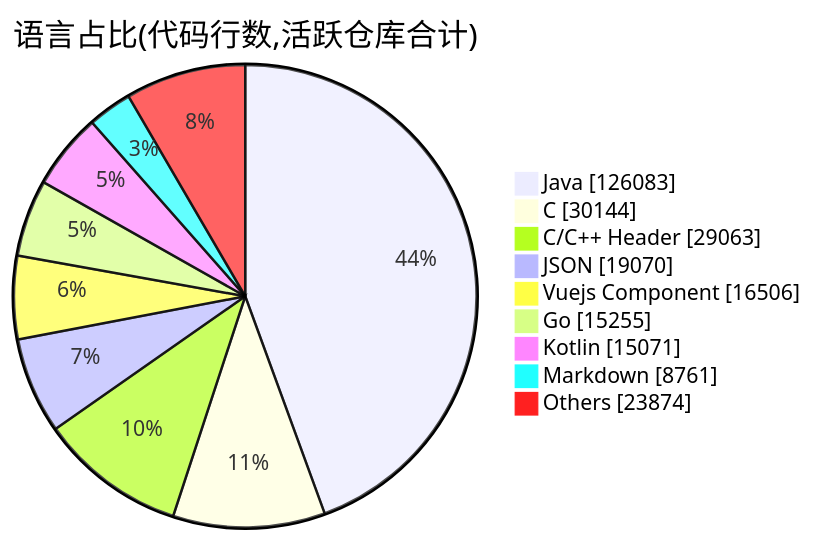
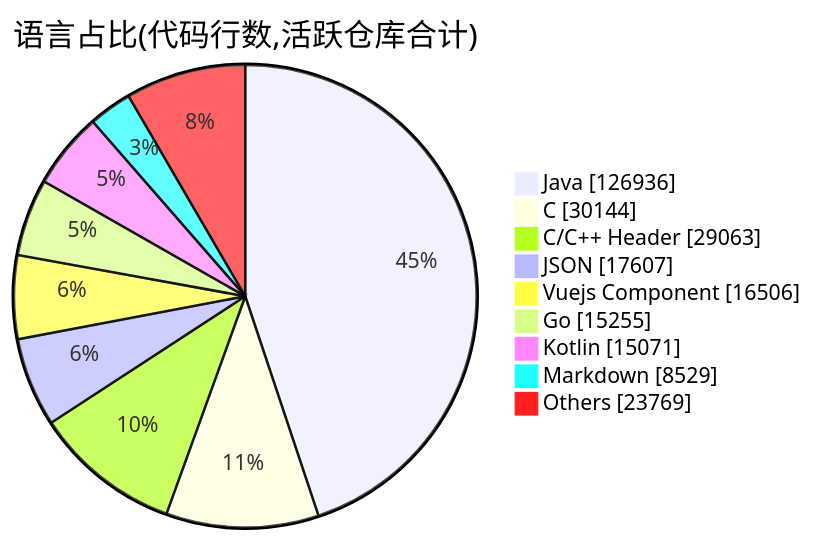
One commit to Conflux-Union/.github changed the second of 2 diagrams in profile/README.md. Above: the diagram before and after it, drawn with Mermaid. The commit also changed other lines of this file and 1 other file, not shown here.

````diff
--- a/profile/README.md
+++ b/profile/README.md
@@ -80,13 +80,13 @@
 ```mermaid
 pie showData
     title 语言占比(代码行数,活跃仓库合计)
-    "Java" : 126083
+    "Java" : 126936
     "C" : 30144
     "C/C++ Header" : 29063
-    "JSON" : 19070
+    "JSON" : 17607
     "Vuejs Component" : 16506
     "Go" : 15255
     "Kotlin" : 15071
-    "Markdown" : 8761
-    "Others" : 23874
+    "Markdown" : 8529
+    "Others" : 23769
 ```
````
